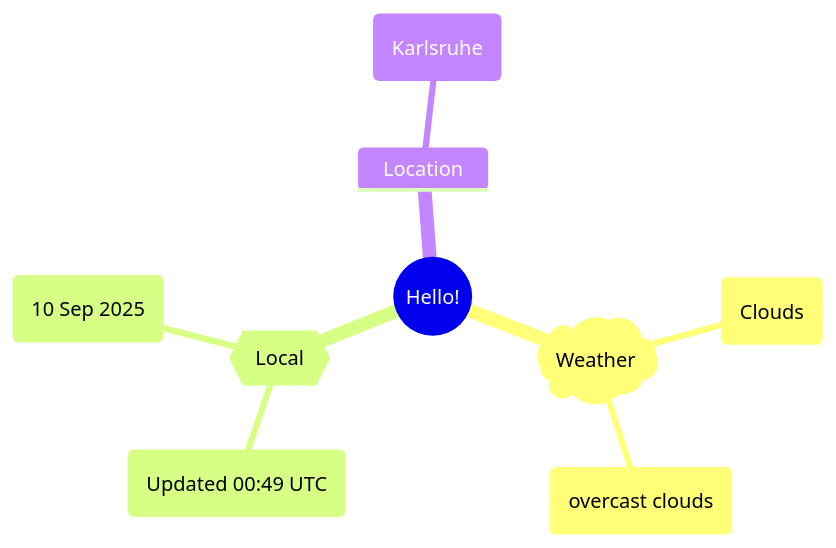
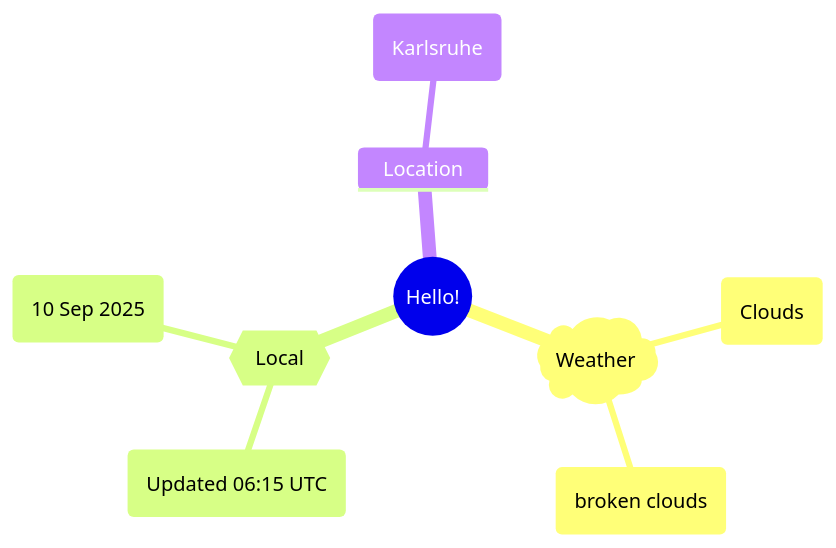
One commit to Xosrov/Xosrov changed the first of 2 diagrams in README.md. Above: the diagram before and after it, drawn with Mermaid.

Commit message:
[bot] updated images

````diff
--- a/README.md
+++ b/README.md
@@ -3,12 +3,12 @@
 ```mermaid
 mindmap
   root((Hello!))
     )Weather(
         (Clouds)
-        (overcast clouds)
+        (broken clouds)
     {{Local}}
-        (Updated 00:49 UTC)
+        (Updated 06:15 UTC)
         (10 Sep 2025)
     Location
         (Karlsruhe)
 ```
````
